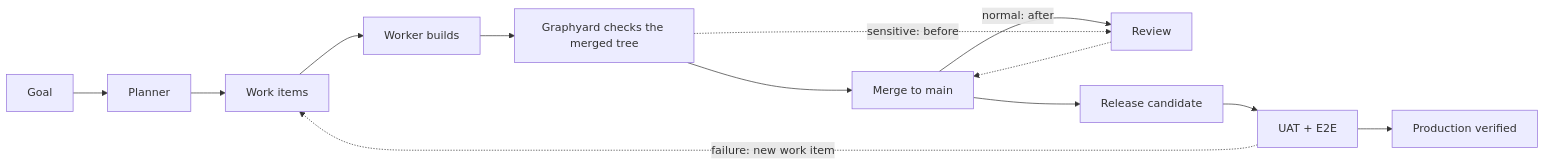
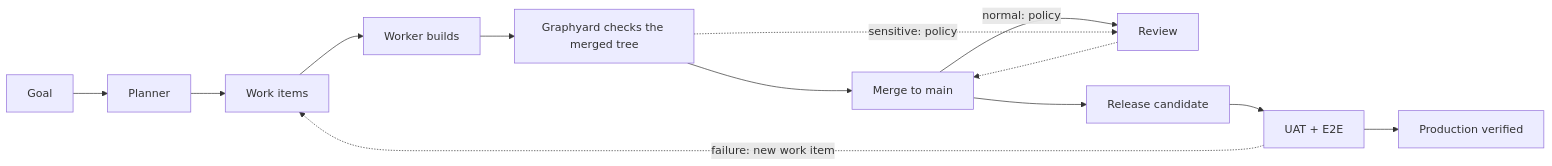
The diagram in README.md (cryptob1/graphyard), drawn with Mermaid before and after one commit. The commit also changed other lines of this file and 2 other files, not shown here.

First line of the commit message:
GY-1866: attribute review timing and the sensitive path set to the repository's graphyard.json in README and the how-it-works guide

````diff
--- a/README.md
+++ b/README.md
@@ -30,8 +30,8 @@
 ```mermaid
 flowchart LR
   A[Goal] --> B[Planner] --> C[Work items] --> D[Worker builds] --> E[Graphyard checks the merged tree]
-  E --> F[Merge to main] -->|normal: after| G[Review]
-  E -.->|sensitive: before| G -.-> F
+  E --> F[Merge to main] -->|normal: policy| G[Review]
+  E -.->|sensitive: policy| G -.-> F
   F --> H[Release candidate] --> I[UAT + E2E] --> J[Production verified]
   I -.->|failure: new work item| C
 ```
````
